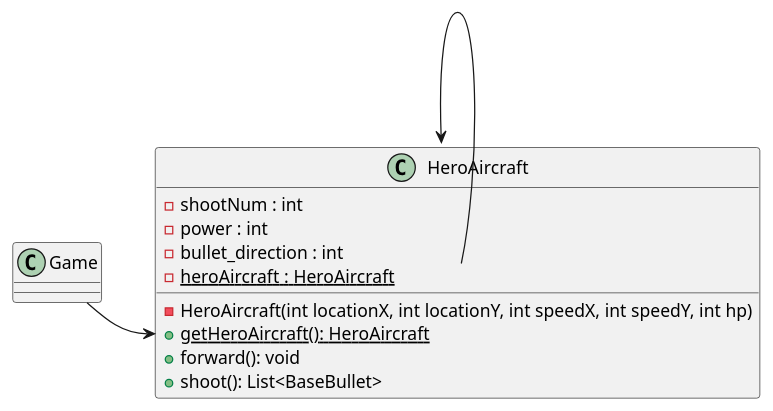
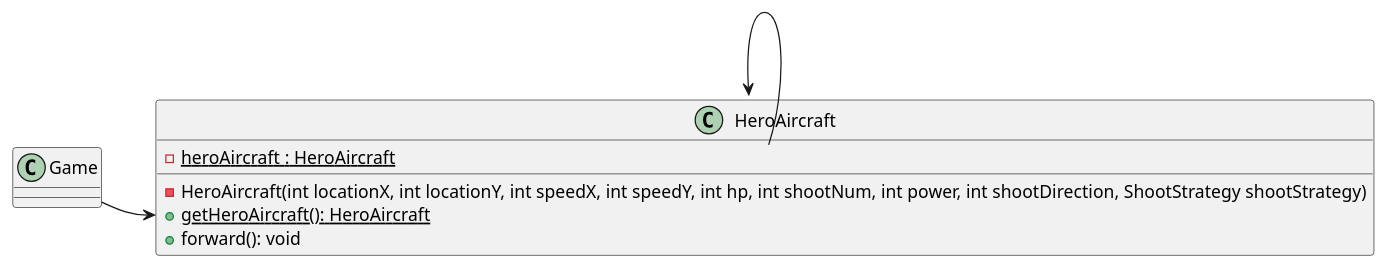
One commit to Pockern/AircraftWar changed the diagram in uml/heroAircraft_SingletonPattern.puml. Above: the diagram before and after it, drawn with PlantUML. The commit also changed 20 other files, not shown here.

```diff
--- a/uml/heroAircraft_SingletonPattern.puml
+++ b/uml/heroAircraft_SingletonPattern.puml
@@ -1,24 +1,20 @@
 @startuml
 'https://plantuml.com/class-diagram
 
 class Game {
 
 }
 
 class HeroAircraft {
-    - shootNum : int
-    - power : int
-    - bullet_direction : int
     - {static} heroAircraft : HeroAircraft
 
-    - HeroAircraft(int locationX, int locationY, int speedX, int speedY, int hp)
+    - HeroAircraft(int locationX, int locationY, int speedX, int speedY, int hp, int shootNum, int power, int shootDirection, ShootStrategy shootStrategy)
     + {static} getHeroAircraft(): HeroAircraft
     + forward(): void
-    + shoot(): List<BaseBullet>
 }
 
 HeroAircraft::heroAircraft --> HeroAircraft
 
 Game -right-> HeroAircraft::getHeroAircraft
 
 @enduml
```
